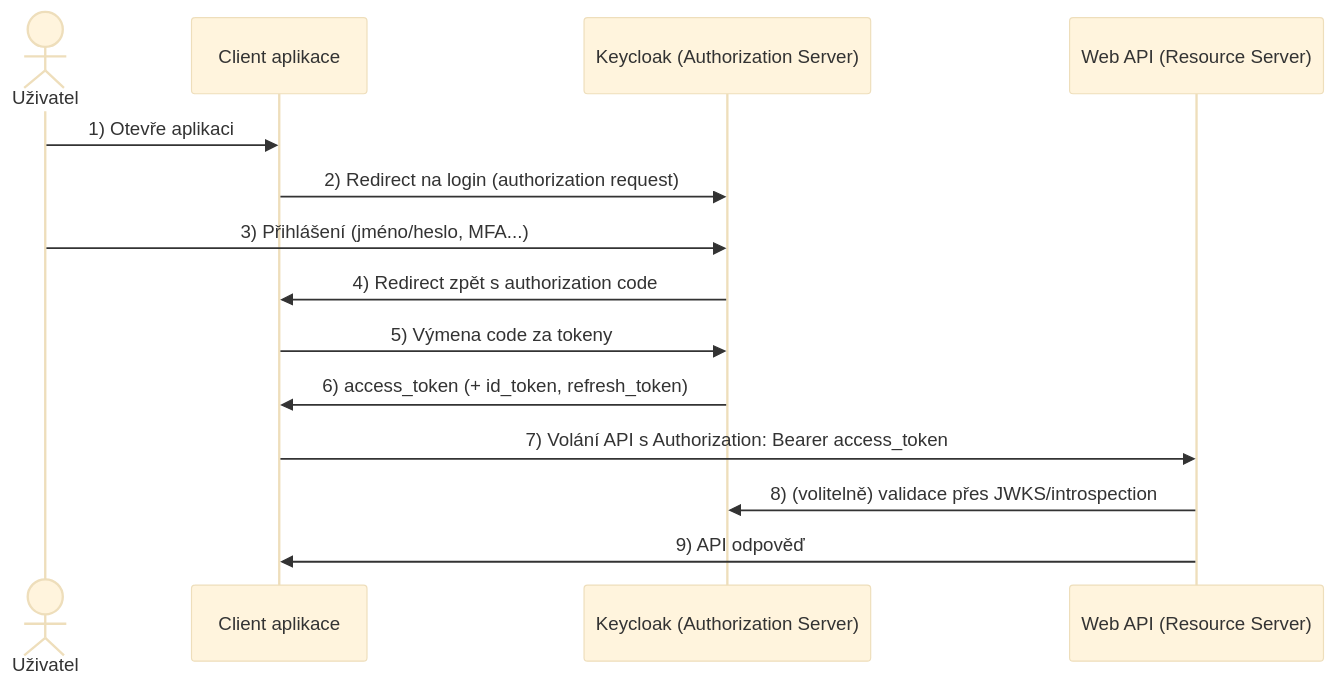
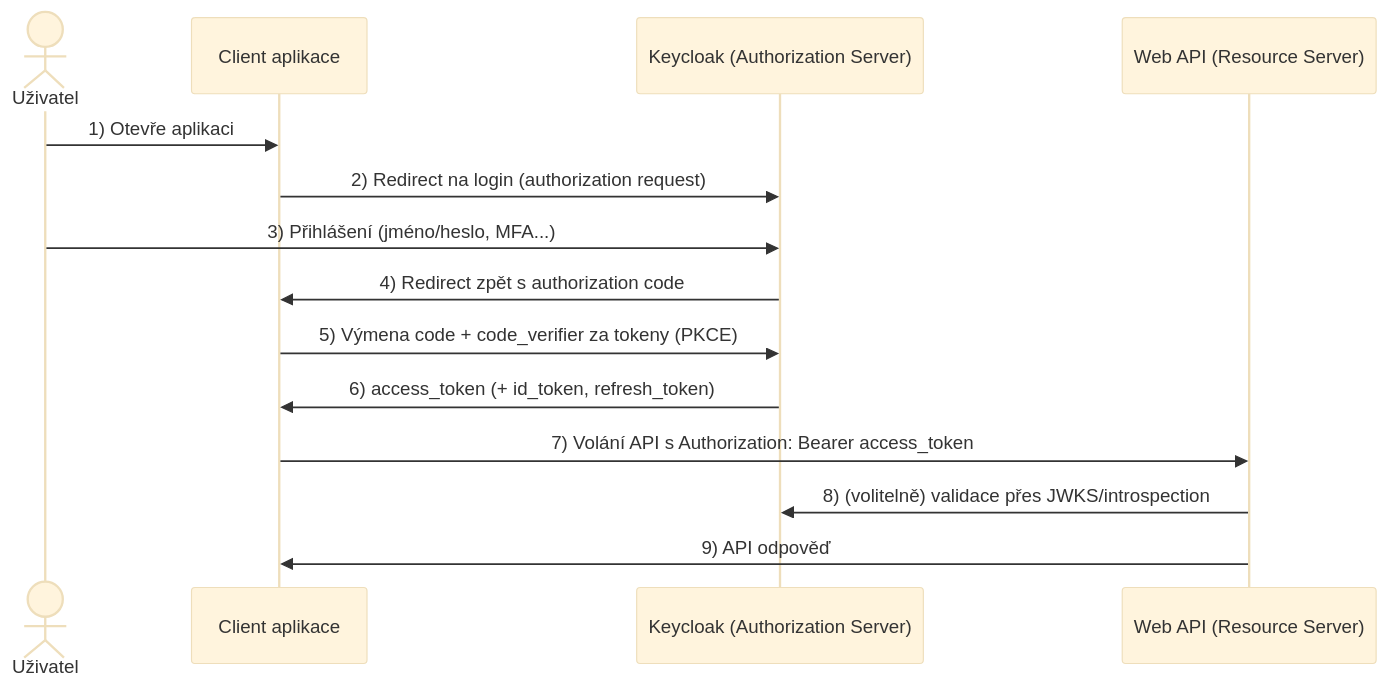
Before and after one commit to ekral/FAI: the diagram in AF/notebooks/08_authentication_authorization.md, drawn with Mermaid (base theme). The commit also changed other lines of this file, not shown here.

````diff
--- a/AF/notebooks/08_authentication_authorization.md
+++ b/AF/notebooks/08_authentication_authorization.md
@@ -51,17 +51,17 @@
 ```mermaid
 sequenceDiagram
 		actor U as Uživatel
 		participant C as Client aplikace
 		participant K as Keycloak (Authorization Server)
 		participant A as Web API (Resource Server)
 
 		U->>C: 1) Otevře aplikaci
 		C->>K: 2) Redirect na login (authorization request)
 		U->>K: 3) Přihlášení (jméno/heslo, MFA...)
 		K->>C: 4) Redirect zpět s authorization code
-		C->>K: 5) Výmena code za tokeny
+		C->>K: 5) Výmena code + code_verifier za tokeny (PKCE)
 		K->>C: 6) access_token (+ id_token, refresh_token)
 		C->>A: 7) Volání API s Authorization: Bearer access_token
 		A->>K: 8) (volitelně) validace přes JWKS/introspection
 		A->>C: 9) API odpověď
 ```
````
